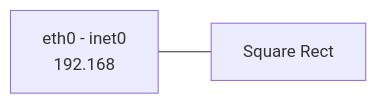
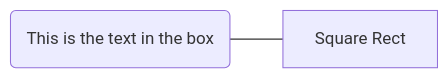
Before and after one commit to jenmiu2/Ampliacion-de-Sistemas-Operativos-y-Redes: the diagram in REDES/P1.3.md, drawn with Mermaid. The commit also changed other lines of this file, not shown here.

Commit message:
REDES/P1.3.md updated from https://stackedit.io/

````diff
--- a/REDES/P1.3.md
+++ b/REDES/P1.3.md
@@ -38,7 +38,5 @@
 ```mermaid
 graph LR
-VM1[
-eth0 - inet0
-192.168
-] --- VM2[Square Rect]
+VM1 --- VM2[Square Rect]
+VM1(This is the text in the box)
 ```
````
